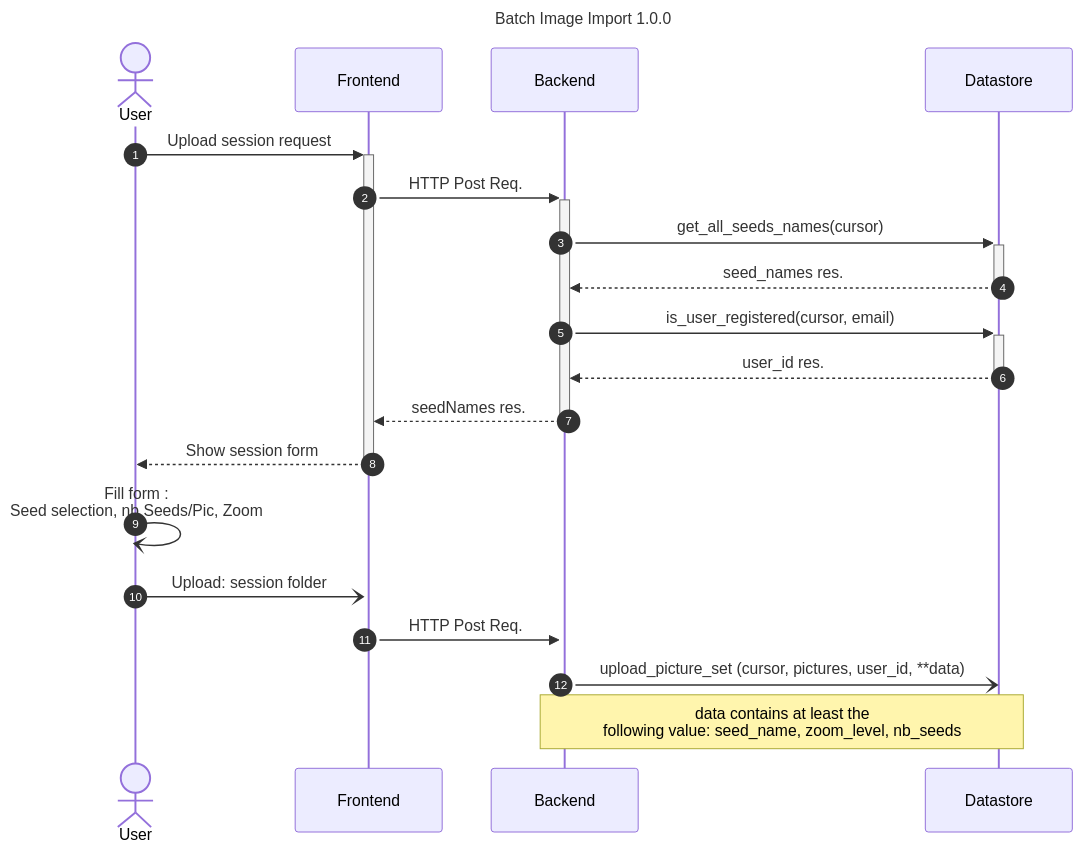
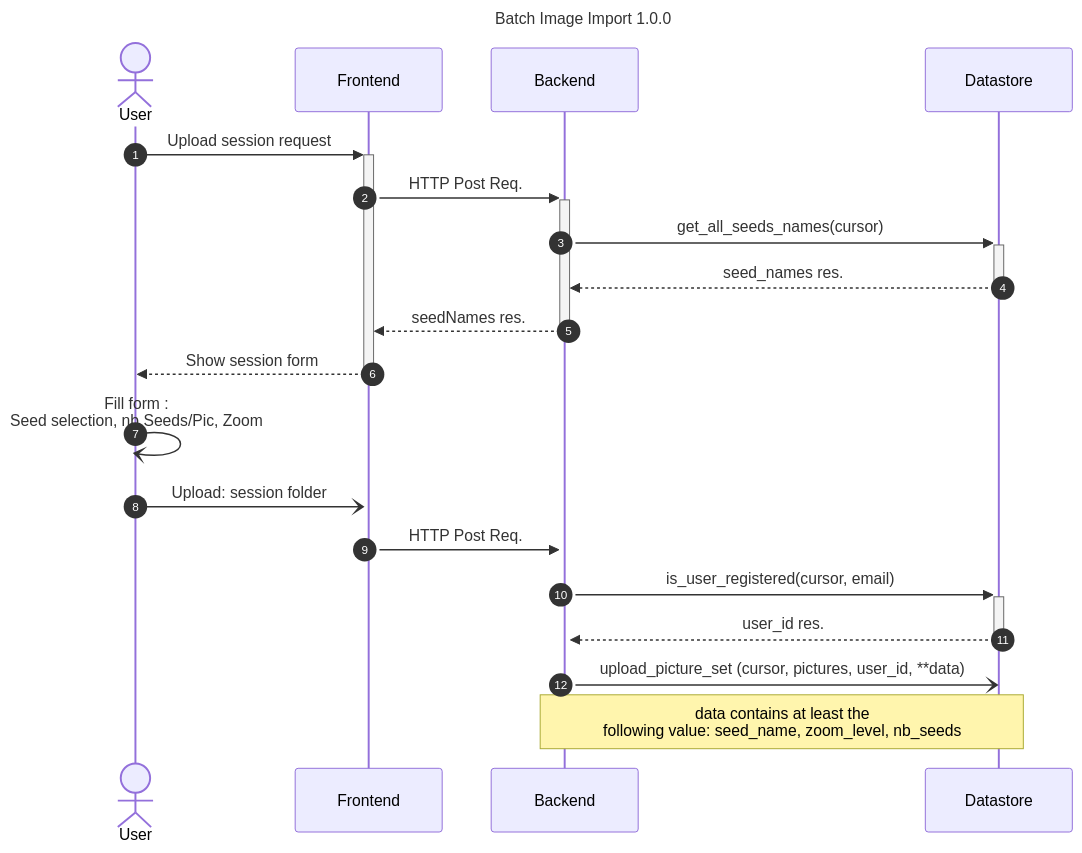
Before and after one commit to ai-cfia/nachet-backend: the diagram in docs/nachet-batch-import-documentation.md, drawn with Mermaid. The commit also changed other lines of this file and 4 other files, not shown here.

````diff
--- a/docs/nachet-batch-import-documentation.md
+++ b/docs/nachet-batch-import-documentation.md
@@ -23,23 +23,23 @@
 ```mermaid
 sequenceDiagram;
    title: Batch Image Import 1.0.0
   autonumber
   actor User
   participant Frontend
   participant Backend
   participant Datastore
 
     User ->>+Frontend: Upload session request
     Frontend->>+Backend: HTTP Post Req.
     Backend->>+Datastore: get_all_seeds_names(cursor)
     Datastore-->>-Backend: seed_names res.
-    Backend->>+Datastore: is_user_registered(cursor, email)
-    Datastore-->>-Backend: user_id res.
     Backend-->>-Frontend: seedNames res.
     Frontend -->>-User: Show session form
     User -) User: Fill form :<br> Seed selection, nb Seeds/Pic, Zoom
     User -)+Frontend: Upload: session folder
     Frontend ->>+Backend: HTTP Post Req.
+    Backend->>+Datastore: is_user_registered(cursor, email)
+    Datastore-->>-Backend: user_id res.
     Backend -)Datastore: upload_picture_set (cursor, pictures, user_id, **data)
     Note over Backend, Datastore: data contains at least the <br> following value: seed_name, zoom_level, nb_seeds
 ```
````
